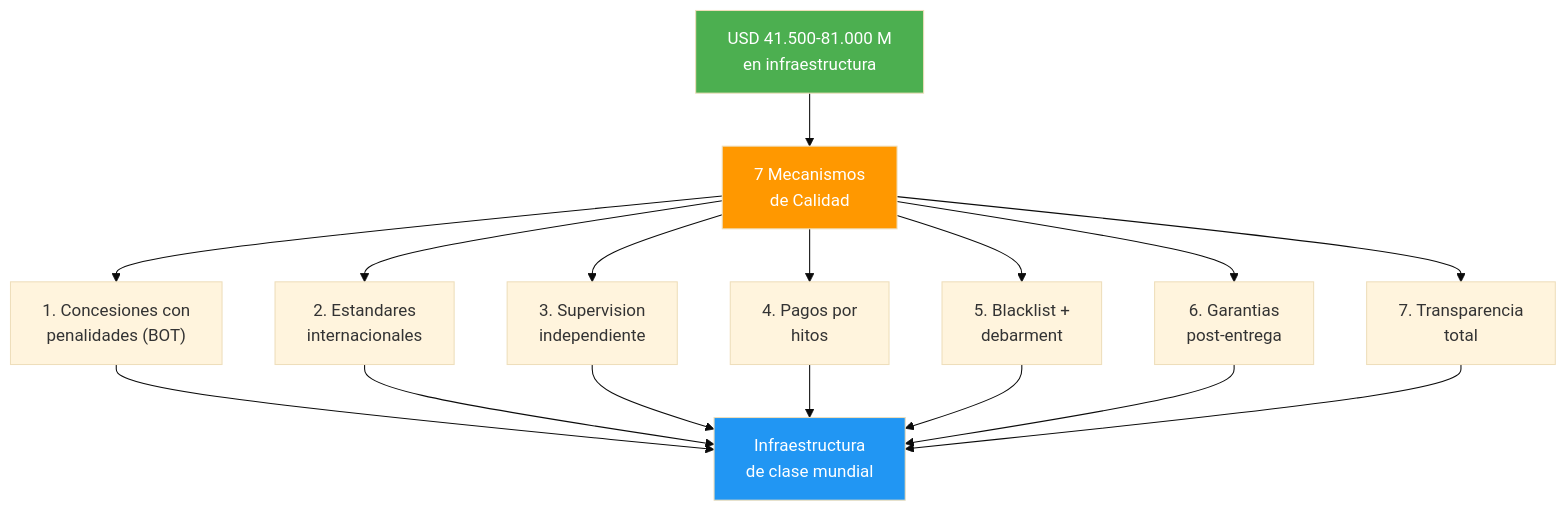
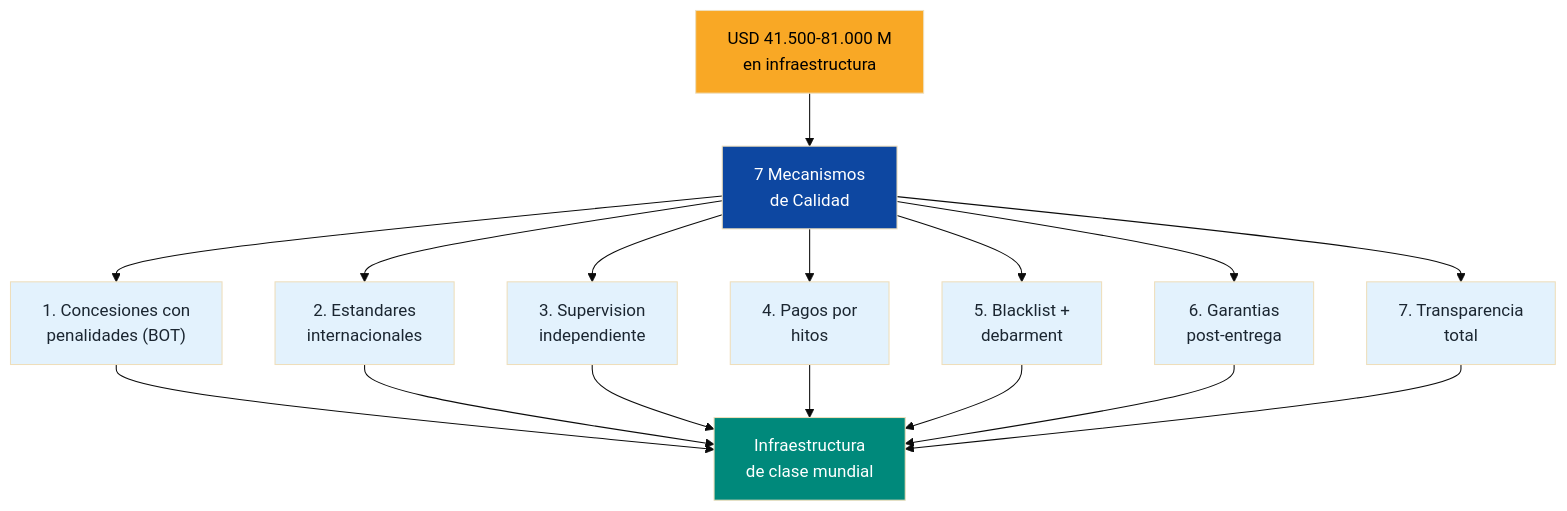
One commit to Venezuela-S-A/venezuela-sa changed the first of 2 diagrams in docs/06-realidad/infraestructura-calidad.md. Above: the diagram before and after it, drawn with Mermaid (base theme). The commit also changed other lines of this file and 127 other files, not shown here.

````diff
--- a/docs/06-realidad/infraestructura-calidad.md
+++ b/docs/06-realidad/infraestructura-calidad.md
@@ -36,23 +36,30 @@
 ```mermaid
 flowchart TD
     A["USD 41.500-81.000 M<br/>en infraestructura"] --> B["7 Mecanismos<br/>de Calidad"]
     B --> C1["1. Concesiones con<br/>penalidades (BOT)"]
     B --> C2["2. Estandares<br/>internacionales"]
     B --> C3["3. Supervision<br/>independiente"]
     B --> C4["4. Pagos por<br/>hitos"]
     B --> C5["5. Blacklist +<br/>debarment"]
     B --> C6["6. Garantias<br/>post-entrega"]
     B --> C7["7. Transparencia<br/>total"]
 
     C1 --> D["Infraestructura<br/>de clase mundial"]
     C2 --> D
     C3 --> D
     C4 --> D
     C5 --> D
     C6 --> D
     C7 --> D
 
-    style A fill:#4CAF50,color:#fff
-    style D fill:#2196F3,color:#fff
-    style B fill:#FF9800,color:#fff
+    style A fill:#F9A825,color:#000
+    style B fill:#0D47A1,color:#fff
+    style D fill:#00897B,color:#fff
+    style C1 fill:#E3F2FD,color:#1B2631
+    style C2 fill:#E3F2FD,color:#1B2631
+    style C3 fill:#E3F2FD,color:#1B2631
+    style C4 fill:#E3F2FD,color:#1B2631
+    style C5 fill:#E3F2FD,color:#1B2631
+    style C6 fill:#E3F2FD,color:#1B2631
+    style C7 fill:#E3F2FD,color:#1B2631
 ```
````
